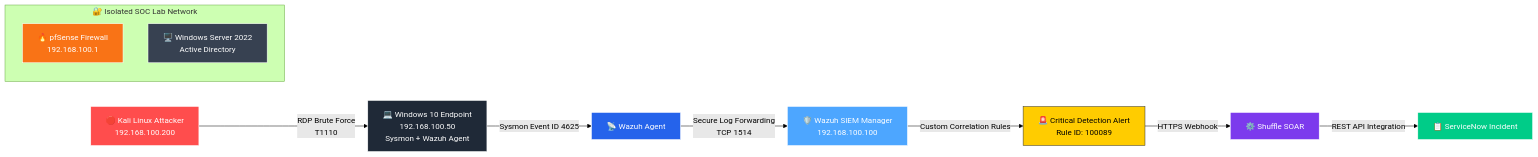
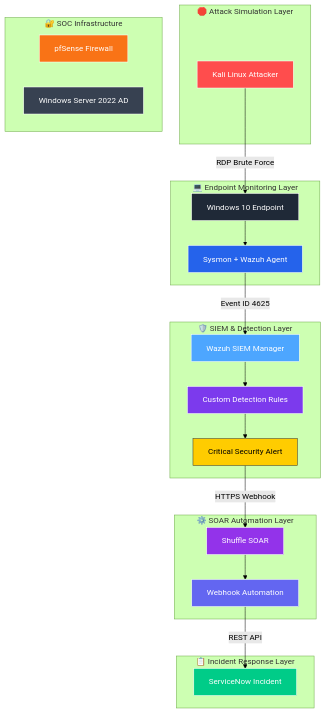
Before and after one commit to Bommalimallesu/Autonomous-SOC-Home-Lab: the diagram in README.md, drawn with Mermaid (forest theme). The commit also changed other lines of this file, not shown here.

Commit message:
improved architecture diagram

````diff
--- a/README.md
+++ b/README.md
@@ -22,53 +22,89 @@
 ```mermaid
-flowchart LR
+flowchart TB
 
-    %% Attack Source
-    A["🛑 Kali Linux Attacker<br>192.168.100.200"]
-
-    %% Endpoint
-    B["💻 Windows 10 Endpoint<br>192.168.100.50<br>Sysmon + Wazuh Agent"]
-
-    %% SIEM Layer
-    C["📡 Wazuh Agent"]
-    D["🛡️ Wazuh SIEM Manager<br>192.168.100.100"]
-
-    %% Detection
-    E["🚨 Critical Detection Alert<br>Rule ID: 100089"]
-
-    %% SOAR
-    F["⚙️ Shuffle SOAR"]
-
-    %% ITSM
-    G["📋 ServiceNow Incident"]
-
-    %% Infrastructure
-    subgraph LAB["🔐 Isolated SOC Lab Network"]
-        H["🔥 pfSense Firewall<br>192.168.100.1"]
-        I["🖥️ Windows Server 2022<br>Active Directory"]
+    %% =========================
+    %% ATTACK LAYER
+    %% =========================
+    subgraph ATTACK["🛑 Attack Simulation Layer"]
+        A["Kali Linux Attacker"]
     end
 
-    %% Attack Flow
-    A -->|"RDP Brute Force<br>T1110"| B
+    %% =========================
+    %% ENDPOINT LAYER
+    %% =========================
+    subgraph ENDPOINT["💻 Endpoint Monitoring Layer"]
+        B["Windows 10 Endpoint"]
+        C["Sysmon + Wazuh Agent"]
+    end
 
-    %% Telemetry Flow
-    B -->|"Sysmon Event ID 4625"| C
-    C -->|"Secure Log Forwarding<br>TCP 1514"| D
+    %% =========================
+    %% SIEM LAYER
+    %% =========================
+    subgraph SIEM["🛡️ SIEM & Detection Layer"]
+        D["Wazuh SIEM Manager"]
+        E["Custom Detection Rules"]
+        F["Critical Security Alert"]
+    end
 
-    %% Detection Flow
-    D -->|"Custom Correlation Rules"| E
+    %% =========================
+    %% AUTOMATION LAYER
+    %% =========================
+    subgraph SOAR["⚙️ SOAR Automation Layer"]
+        G["Shuffle SOAR"]
+        H["Webhook Automation"]
+    end
 
-    %% Automation Flow
-    E -->|"HTTPS Webhook"| F
-    F -->|"REST API Integration"| G
+    %% =========================
+    %% INCIDENT RESPONSE
+    %% =========================
+    subgraph IR["📋 Incident Response Layer"]
+        I["ServiceNow Incident"]
+    end
 
-    %% Styling
-    style A fill:#ff4d4d,stroke:#ffffff,color:#ffffff
-    style B fill:#1f2937,stroke:#ffffff,color:#ffffff
-    style C fill:#2563eb,stroke:#ffffff,color:#ffffff
-    style D fill:#4da6ff,stroke:#ffffff,color:#ffffff
-    style E fill:#ffcc00,stroke:#333333,color:#000000
-    style F fill:#7c3aed,stroke:#ffffff,color:#ffffff
-    style G fill:#00cc88,stroke:#ffffff,color:#ffffff
-    style H fill:#f97316,stroke:#ffffff,color:#ffffff
-    style I fill:#374151,stroke:#ffffff,color:#ffffff
+    %% =========================
+    %% INFRASTRUCTURE
+    %% =========================
+    subgraph INFRA["🔐 SOC Infrastructure"]
+        J["pfSense Firewall"]
+        K["Windows Server 2022 AD"]
+    end
+
+    %% =========================
+    %% ATTACK FLOW
+    %% =========================
+    A -->|"RDP Brute Force"| B
+
+    %% =========================
+    %% TELEMETRY FLOW
+    %% =========================
+    B --> C
+    C -->|"Event ID 4625"| D
+
+    %% =========================
+    %% DETECTION FLOW
+    %% =========================
+    D --> E
+    E --> F
+
+    %% =========================
+    %% AUTOMATION FLOW
+    %% =========================
+    F -->|"HTTPS Webhook"| G
+    G --> H
+    H -->|"REST API"| I
+
+    %% =========================
+    %% STYLING
+    %% =========================
+    style A fill:#ff4d4d,color:#ffffff,stroke:#ffffff
+    style B fill:#1f2937,color:#ffffff,stroke:#ffffff
+    style C fill:#2563eb,color:#ffffff,stroke:#ffffff
+    style D fill:#4da6ff,color:#ffffff,stroke:#ffffff
+    style E fill:#7c3aed,color:#ffffff,stroke:#ffffff
+    style F fill:#ffcc00,color:#000000,stroke:#333333
+    style G fill:#9333ea,color:#ffffff,stroke:#ffffff
+    style H fill:#6366f1,color:#ffffff,stroke:#ffffff
+    style I fill:#00cc88,color:#ffffff,stroke:#ffffff
+    style J fill:#f97316,color:#ffffff,stroke:#ffffff
+    style K fill:#374151,color:#ffffff,stroke:#ffffff
 ```
````
